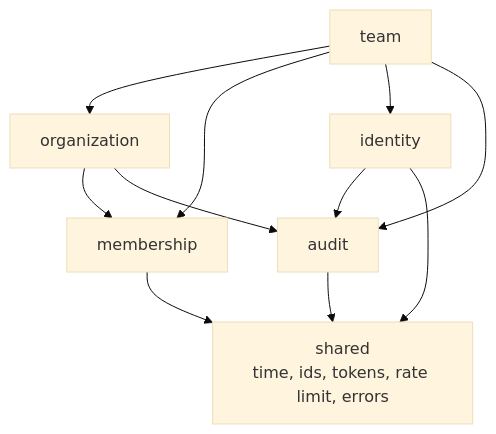
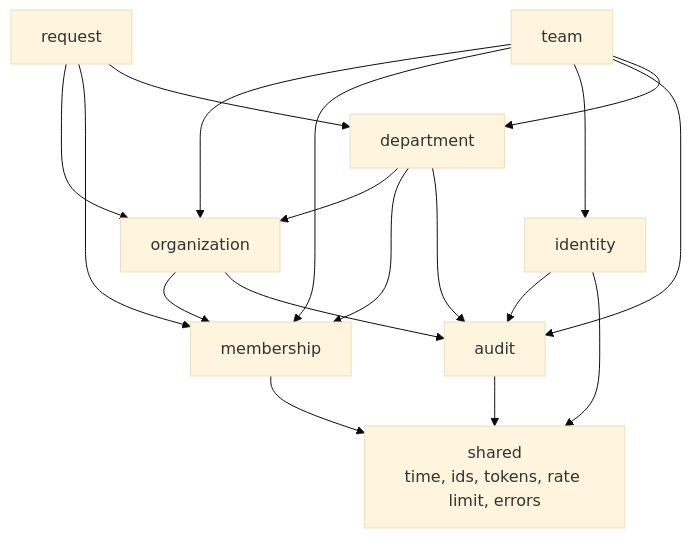
One commit to youssef-naj/nexus changed the second of 2 diagrams in docs/architecture.md. Above: the diagram before and after it, drawn with Mermaid (base theme). The commit also changed other lines of this file and 35 other files, not shown here.

Commit message:
feat(request): service requests with per-organization references, visibility rules, editing and search

````diff
--- a/docs/architecture.md
+++ b/docs/architecture.md
@@ -48,14 +45,21 @@
 ```mermaid
 flowchart TD
-    shared["shared<br/>time, ids, tokens, rate limit, errors"]
-    audit --> shared
-    identity --> audit
-    identity --> shared
-    membership --> shared
-    organization --> membership
-    organization --> audit
-    team --> organization
-    team --> membership
-    team --> identity
-    team --> audit
+  shared["shared<br/>time, ids, tokens, rate limit, errors"]
+  audit --> shared
+  identity --> audit
+  identity --> shared
+  membership --> shared
+  organization --> membership
+  organization --> audit
+  department --> organization
+  department --> membership
+  department --> audit
+  request --> organization
+  request --> membership
+  request --> department
+  team --> organization
+  team --> membership
+  team --> identity
+  team --> audit
+  team --> department
 ```
````
